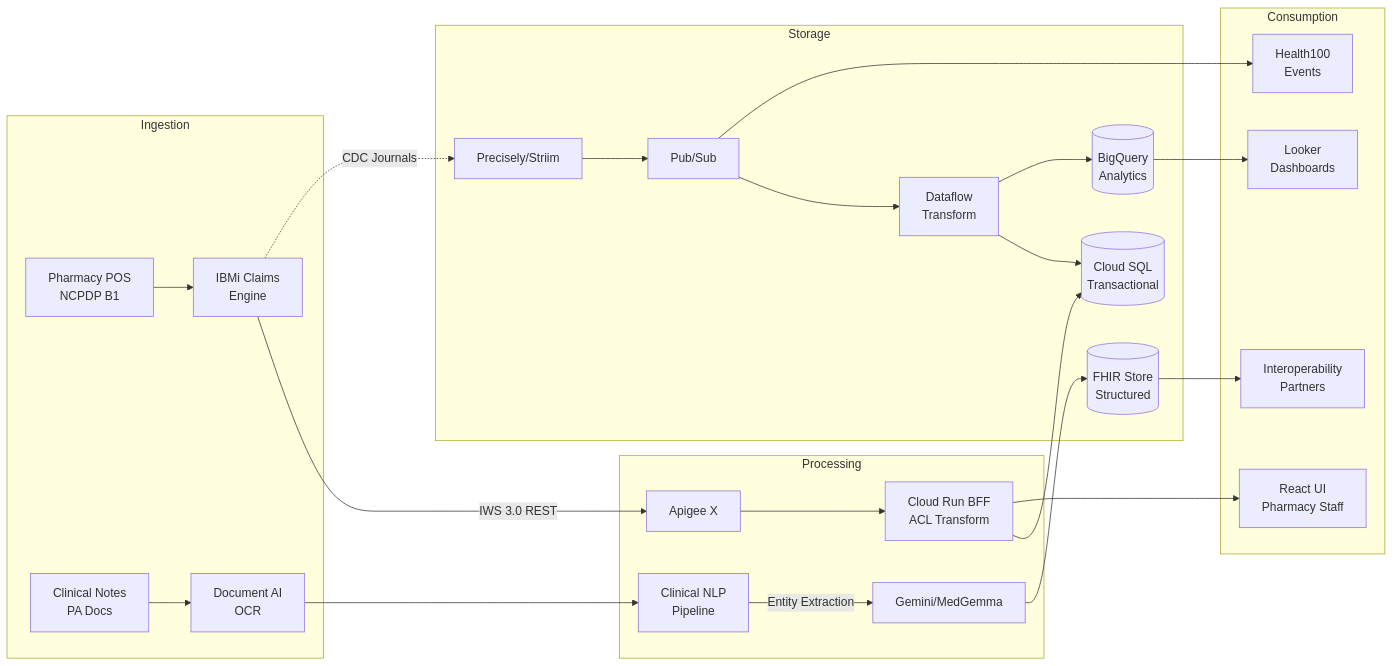
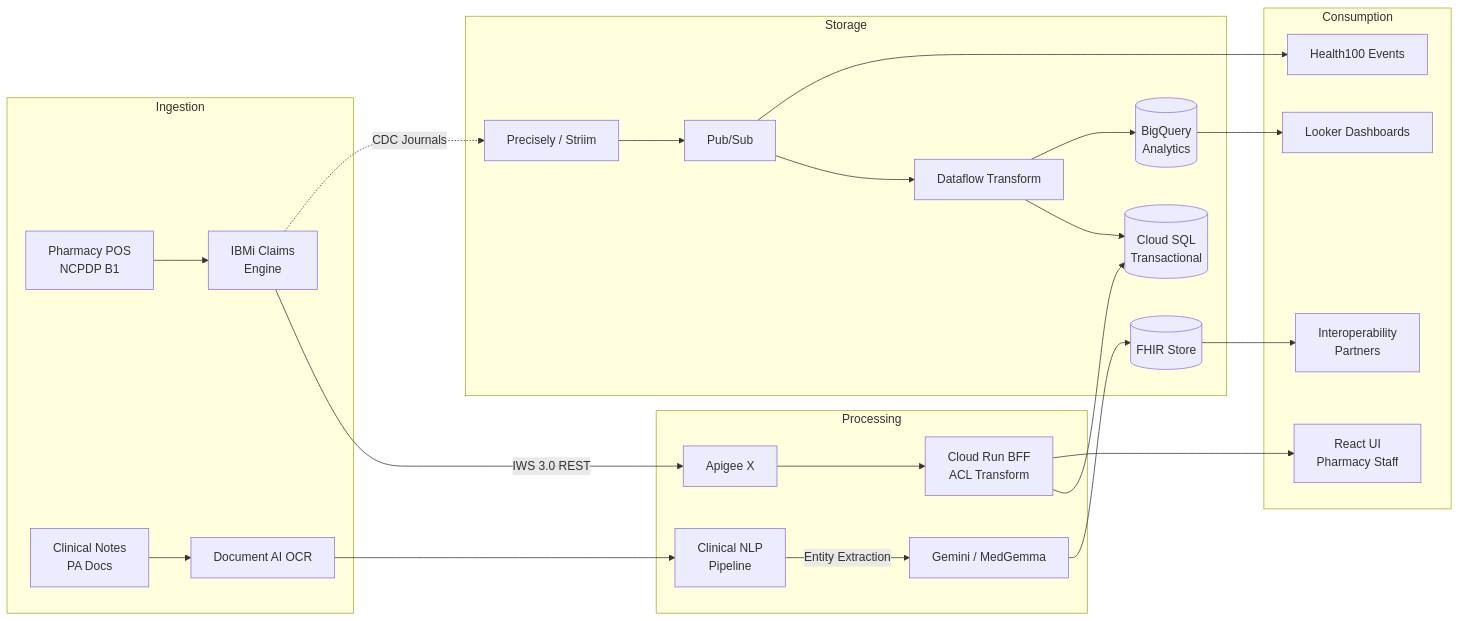
One commit to Modular-Earth-LLC/solutions-architecture-agent changed the third of 7 diagrams in outputs/cvs-legacy-transformation/solution-architecture-document.md. Above: the diagram before and after it, drawn with Mermaid. The commit also changed other lines of this file and 5 other files, not shown here.

First line of the commit message:
fix(diagrams): apply Mermaid quality rules across all diagrams and generation code

````diff
--- a/outputs/cvs-legacy-transformation/solution-architecture-document.md
+++ b/outputs/cvs-legacy-transformation/solution-architecture-document.md
@@ -329,31 +337,31 @@
 ```mermaid
 flowchart LR
     subgraph "Ingestion"
-        A[Pharmacy POS<br/>NCPDP B1] --> B[IBMi Claims<br/>Engine]
-        C[Clinical Notes<br/>PA Docs] --> D[Document AI<br/>OCR]
+        A["Pharmacy POS<br/>NCPDP B1"] --> B["IBMi Claims<br/>Engine"]
+        C["Clinical Notes<br/>PA Docs"] --> D["Document AI OCR"]
     end
 
     subgraph "Processing"
-        B -->|IWS 3.0 REST| E[Apigee X]
-        E --> F[Cloud Run BFF<br/>ACL Transform]
-        D --> G[Clinical NLP<br/>Pipeline]
-        G -->|Entity Extraction| H[Gemini/MedGemma]
+        B -->|"IWS 3.0 REST"| E["Apigee X"]
+        E --> F["Cloud Run BFF<br/>ACL Transform"]
+        D --> G["Clinical NLP<br/>Pipeline"]
+        G -->|"Entity Extraction"| H["Gemini / MedGemma"]
     end
 
     subgraph "Storage"
-        F --> I[(Cloud SQL<br/>Transactional)]
-        B -.->|CDC Journals| J[Precisely/Striim]
-        J --> K[Pub/Sub]
-        K --> L[Dataflow<br/>Transform]
+        F --> I[("Cloud SQL<br/>Transactional")]
+        B -.->|"CDC Journals"| J["Precisely / Striim"]
+        J --> K["Pub/Sub"]
+        K --> L["Dataflow Transform"]
         L --> I
-        L --> M[(BigQuery<br/>Analytics)]
-        H --> N[(FHIR Store<br/>Structured)]
+        L --> M[("BigQuery<br/>Analytics")]
+        H --> N[("FHIR Store")]
     end
 
     subgraph "Consumption"
-        F --> O[React UI<br/>Pharmacy Staff]
-        M --> P[Looker<br/>Dashboards]
-        K --> Q[Health100<br/>Events]
-        N --> R[Interoperability<br/>Partners]
+        F --> O["React UI<br/>Pharmacy Staff"]
+        M --> P["Looker Dashboards"]
+        K --> Q["Health100 Events"]
+        N --> R["Interoperability<br/>Partners"]
     end
 ```
````
